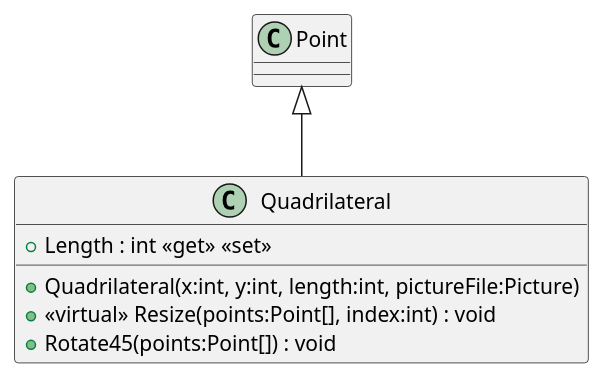
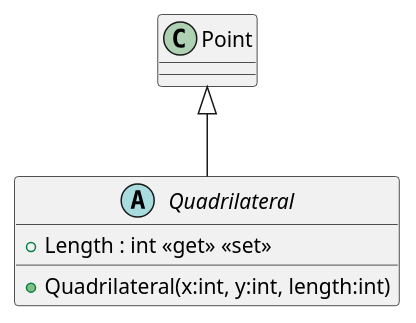
Before and after one commit to 19vano97/levelUpOOP: the diagram in plantuml/20240701_HW_Inheritence/Quadrilateral.puml, drawn with PlantUML. The commit also changed 35 other files, not shown here.

```diff
--- a/plantuml/20240701_HW_Inheritence/Quadrilateral.puml
+++ b/plantuml/20240701_HW_Inheritence/Quadrilateral.puml
@@ -1,9 +1,7 @@
 @startuml
-class Quadrilateral {
-    + Quadrilateral(x:int, y:int, length:int, pictureFile:Picture)
+abstract class Quadrilateral {
+    + Quadrilateral(x:int, y:int, length:int)
     + Length : int <<get>> <<set>>
-    + <<virtual>> Resize(points:Point[], index:int) : void
-    + Rotate45(points:Point[]) : void
 }
 Point <|-- Quadrilateral
 @enduml
```
